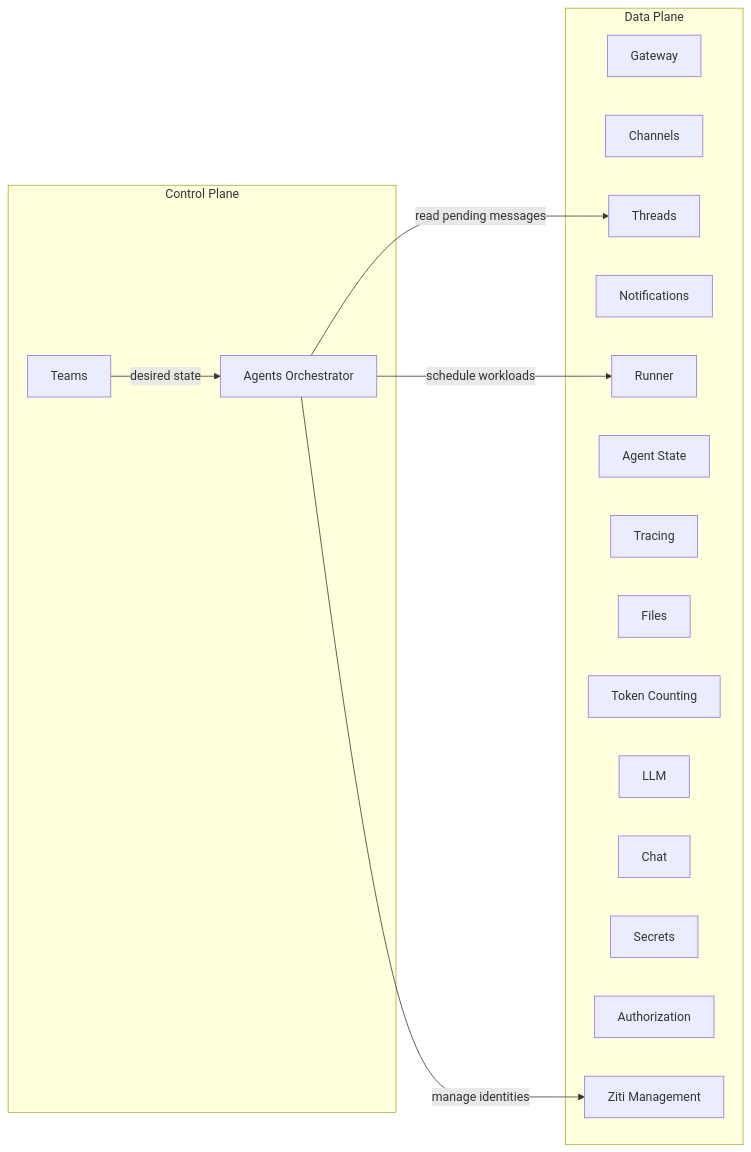
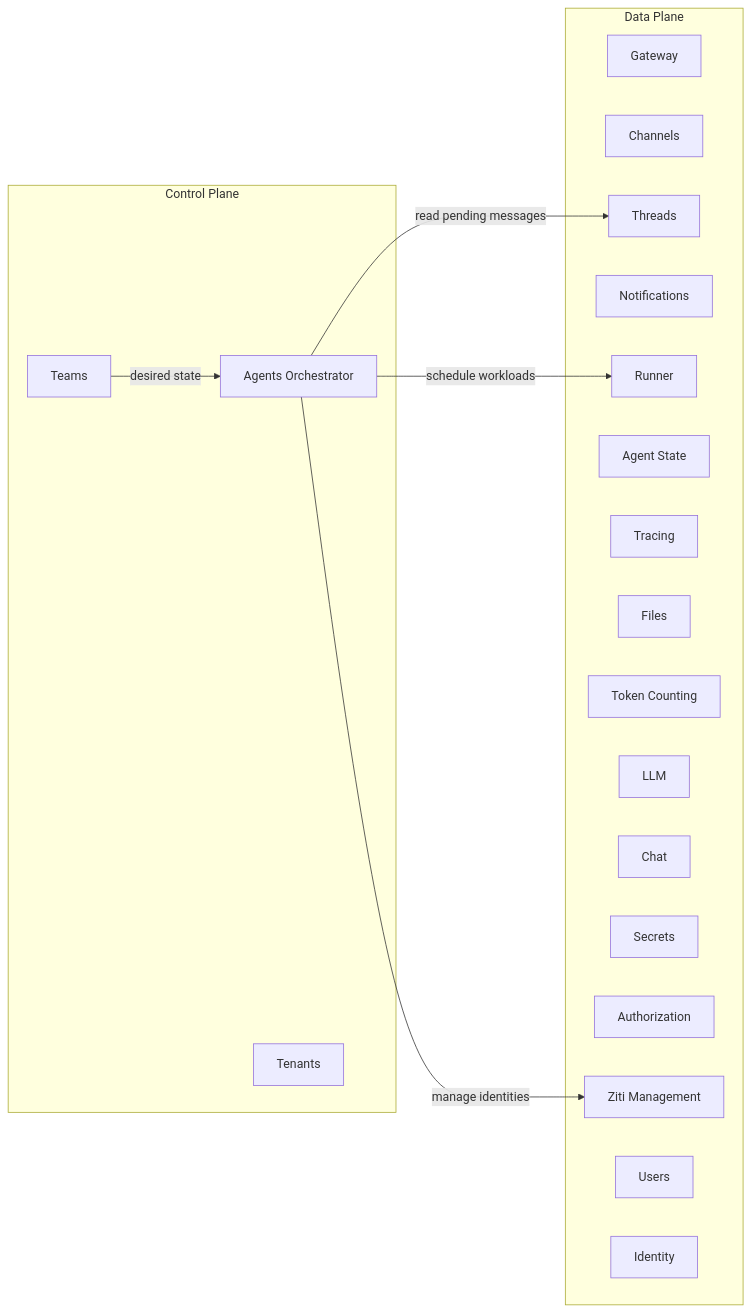
Before and after one commit to agynio/architecture: the first of 2 diagrams in architecture/control-data-plane.md, drawn with Mermaid. The commit also changed other lines of this file and 9 other files, not shown here.

First line of the commit message:
docs: add Users and Tenants services, unified identity model (#43)

````diff
--- a/architecture/control-data-plane.md
+++ b/architecture/control-data-plane.md
@@ -21,29 +21,32 @@
 ```mermaid
 graph LR
     subgraph Control Plane
         Teams
         AgentsOrch[Agents Orchestrator]
+        Tenants
     end
 
     subgraph Data Plane
         Gateway
         Channels
         Threads
         Notifications
         Runner
         AgentState[Agent State]
         Tracing
         Files
         TokenCounting[Token Counting]
         LLM
         Chat
         Secrets
         Authorization
         ZitiMgmt[Ziti Management]
+        Users
+        Identity
     end
 
     Teams -->|desired state| AgentsOrch
     AgentsOrch -->|schedule workloads| Runner
     AgentsOrch -->|manage identities| ZitiMgmt
     AgentsOrch -->|read pending messages| Threads
 ```
````
